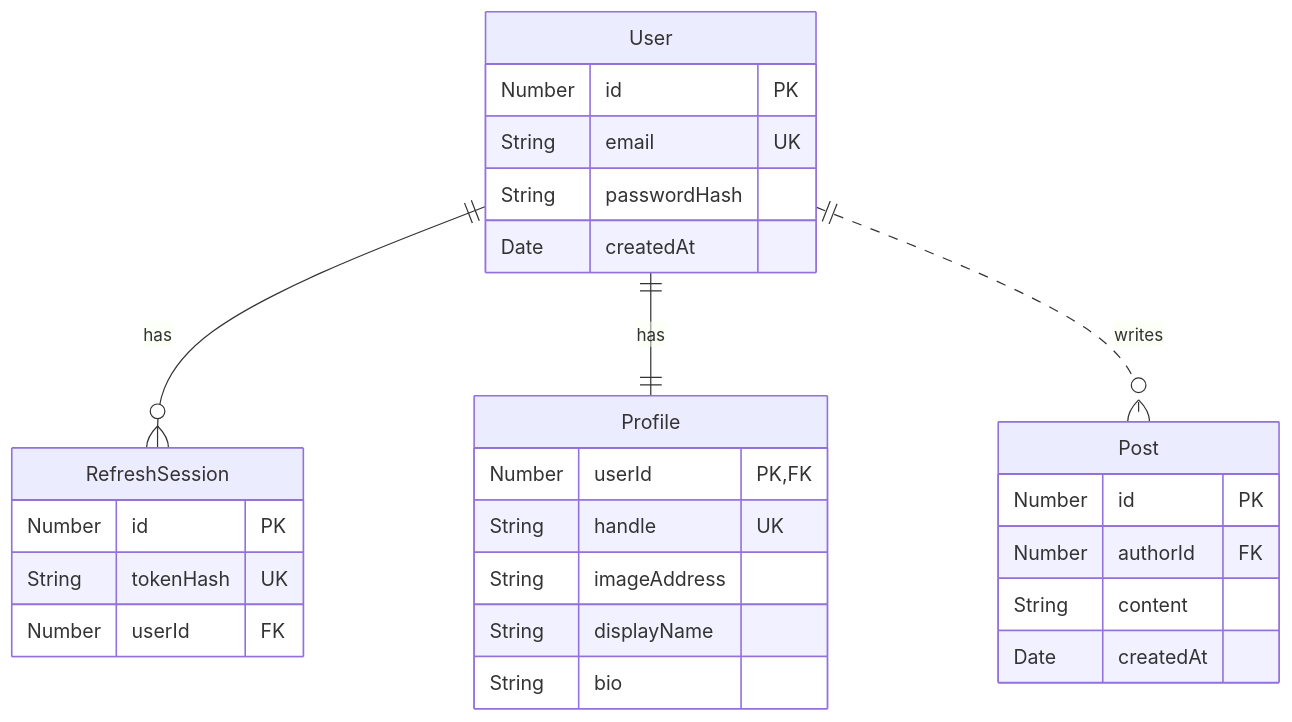
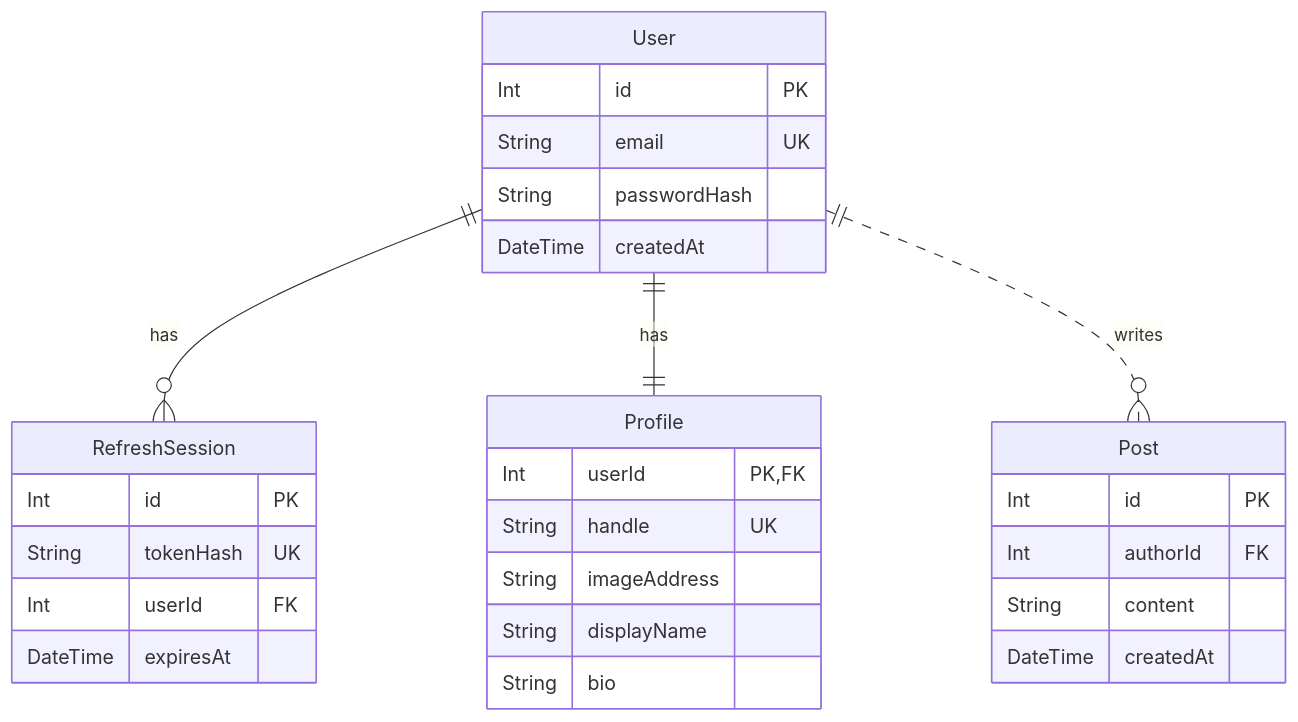
Before and after one commit to eudooyoung/odin-book: the eighth of 8 diagrams in docs/PLAN.md, drawn with Mermaid. The commit also changed other lines of this file and 9 other files, not shown here.

````diff
--- a/docs/PLAN.md
+++ b/docs/PLAN.md
@@ -283,31 +283,32 @@
 ```mermaid
 erDiagram
     User ||--o{ RefreshSession: has
     User ||--|| Profile: has
     User ||..o{ Post: writes
 
     User {
-        Number id PK
+        Int id PK
         String email UK
         String passwordHash
-        Date createdAt
+        DateTime createdAt
     }
     Profile{
-        Number userId PK, FK
+        Int userId PK, FK
         String handle UK
         String imageAddress
         String displayName
         String bio
     }
     Post {
-        Number id PK
-        Number authorId FK
+        Int id PK
+        Int authorId FK
         String content
-        Date createdAt
+        DateTime createdAt
     }
     RefreshSession {
-        Number id PK
+        Int id PK
         String tokenHash UK
-        Number userId FK
+        Int userId FK
+        DateTime expiresAt
     }
 ```
````
